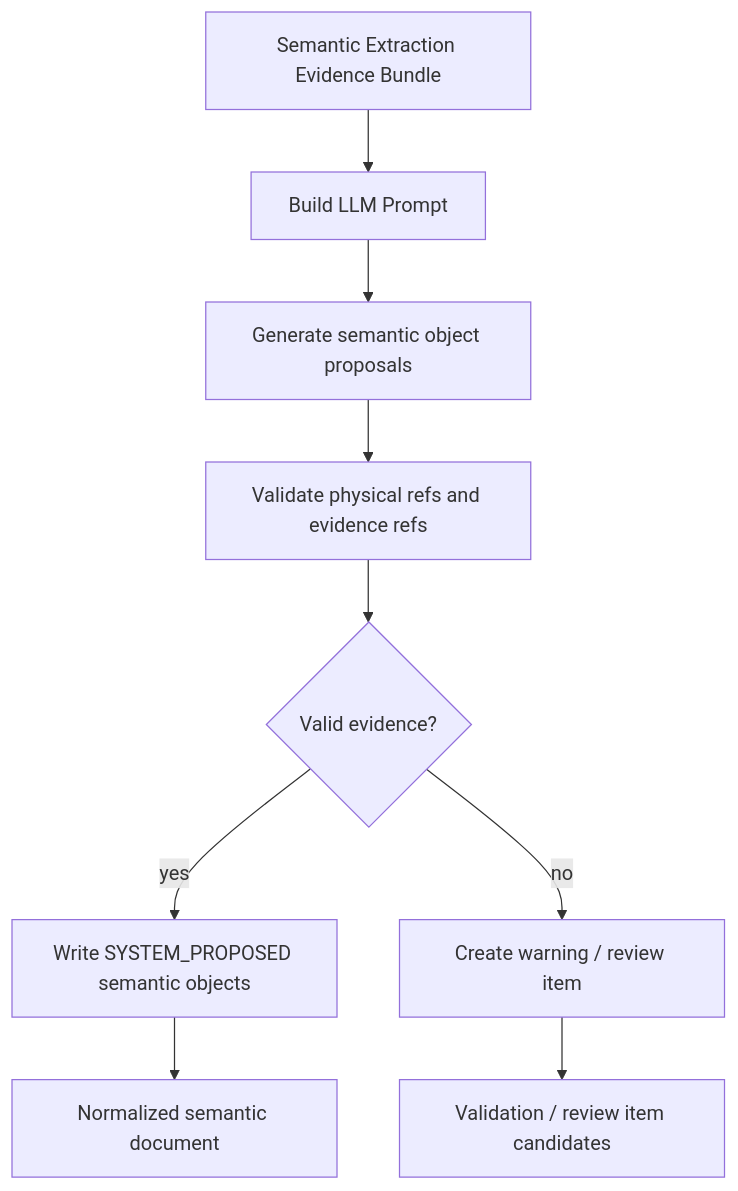
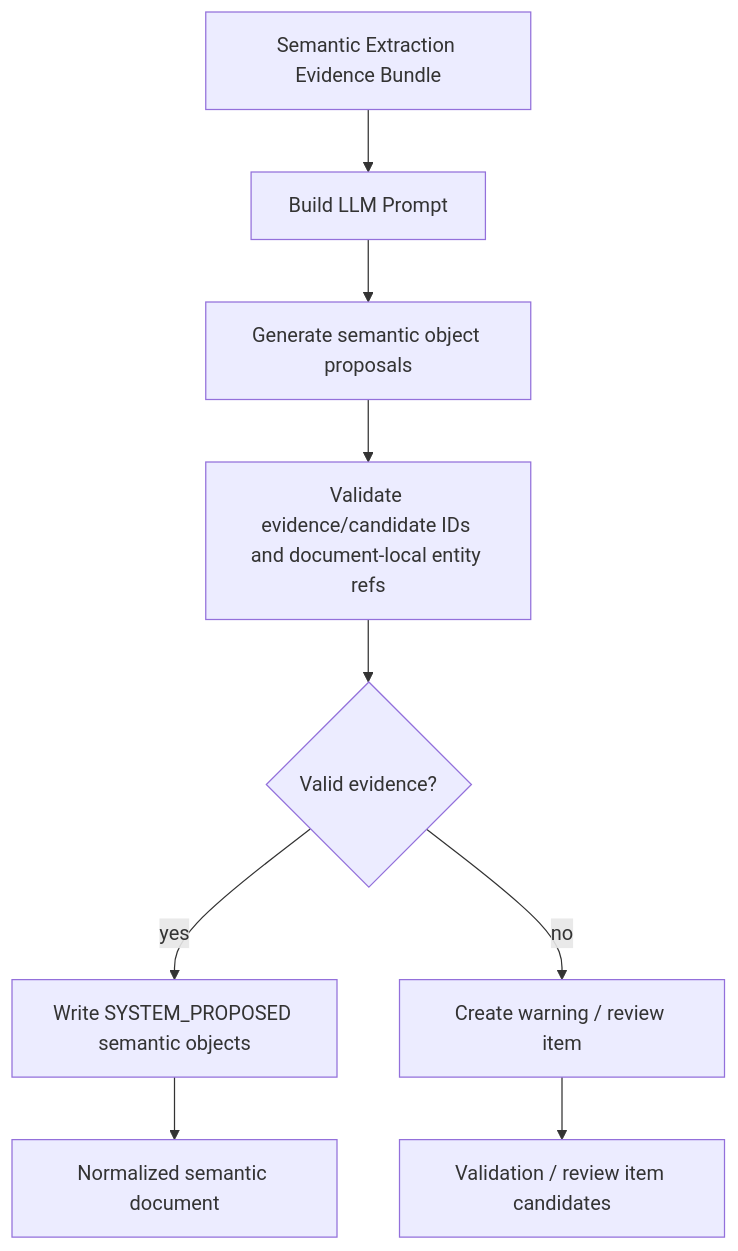
Before and after one commit to xiaoguang/relation-detector: the second of 2 diagrams in docs/design/semantic-layer/03-llm-semantic-enricher.md, drawn with Mermaid. The commit also changed other lines of this file and 50 other files, not shown here.

````diff
--- a/docs/design/semantic-layer/03-llm-semantic-enricher.md
+++ b/docs/design/semantic-layer/03-llm-semantic-enricher.md
@@ -265,11 +293,11 @@
 ```mermaid
 flowchart TD
   A["Semantic Extraction Evidence Bundle"] --> B["Build LLM Prompt"]
   B --> C["Generate semantic object proposals"]
-  C --> D["Validate physical refs and evidence refs"]
+  C --> D["Validate evidence/candidate IDs and document-local entity refs"]
   D --> E{"Valid evidence?"}
   E -- "yes" --> F["Write SYSTEM_PROPOSED semantic objects"]
   E -- "no" --> G["Create warning / review item"]
   F --> H["Normalized semantic document"]
   G --> I["Validation / review item candidates"]
 ```
````
